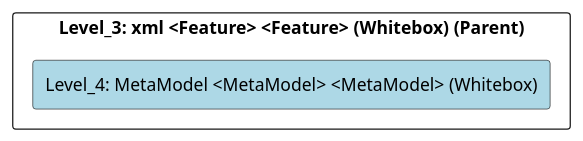
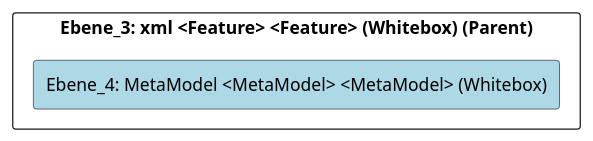
The diagram in doc/cleonproject_deliverables_architecture_model_architecture/adoc/de/05_bausteinsicht/cleon/common/xml/metamodel/ebene_4_metamodel.adoc (marcozwyssig/cleon), drawn with PlantUML before and after one commit. The commit also changed other lines of this file and 214 other files, not shown here.

```diff
--- a/doc/cleonproject_deliverables_architecture_model_architecture/adoc/de/05_bausteinsicht/cleon/common/xml/metamodel/ebene_4_metamodel.adoc
+++ b/doc/cleonproject_deliverables_architecture_model_architecture/adoc/de/05_bausteinsicht/cleon/common/xml/metamodel/ebene_4_metamodel.adoc
@@ -20,24 +20,24 @@
-[plantuml, Level_4: MetaModel <MetaModel> <MetaModel> (Whitebox)BlockOverview, format="svg"]
+[plantuml, Ebene_4: MetaModel <MetaModel> <MetaModel> (Whitebox)BlockOverview, format="svg"]
 ----
-@startuml Level_4: MetaModel <MetaModel> <MetaModel> (Whitebox)BuildingBlockOverview
+@startuml Ebene_4: MetaModel <MetaModel> <MetaModel> (Whitebox)BuildingBlockOverview
 
 skinparam ranksep 10
 skinparam componentStyle rectangle
 skinparam shadowing false
 skinparam arrowColor lightblue
 skinparam arrowThickness 1.2
 skinparam rectangle {
   BackgroundColor White
   BorderColor #333
   RoundCorner 10
 }
 top to bottom direction
 
-component "Level_3: xml <Feature> <Feature> (Whitebox) (Parent)" {
-    component "Level_4: MetaModel <MetaModel> <MetaModel> (Whitebox)" #lightblue {
+component "Ebene_3: xml <Feature> <Feature> (Whitebox) (Parent)" {
+    component "Ebene_4: MetaModel <MetaModel> <MetaModel> (Whitebox)" #lightblue {
     }
 
 }
 
 @enduml
 ----
```
